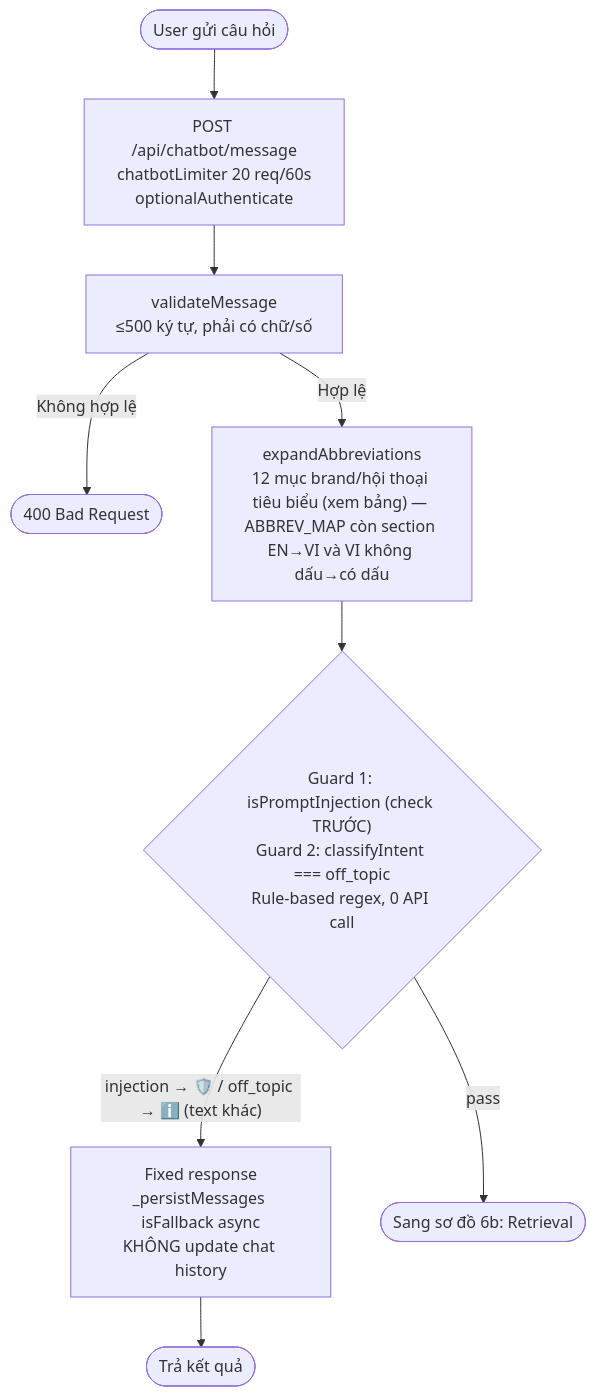
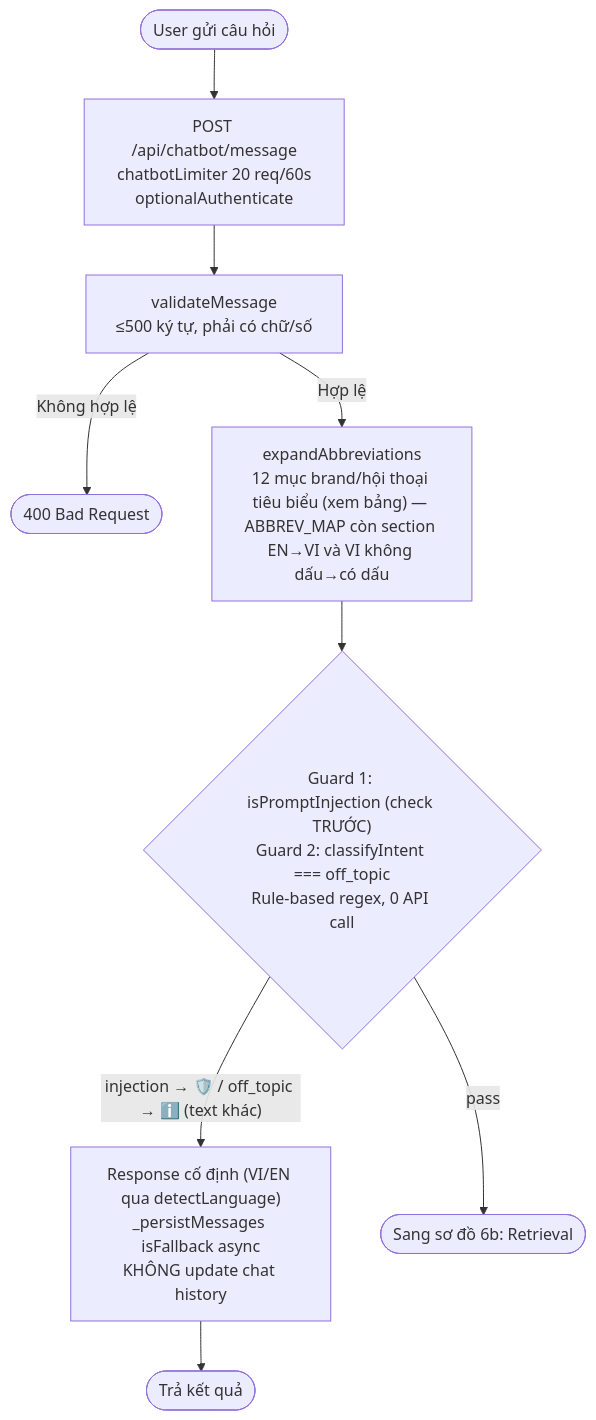
Diagram 38 of 47 in DIAGRAMS.md (MinhThang1009/E-commerce-website), drawn with Mermaid before and after one commit. The commit also changed other lines of this file and 4 other files, not shown here.

````diff
--- a/DIAGRAMS.md
+++ b/DIAGRAMS.md
@@ -1635,11 +1637,11 @@
 ```mermaid
 flowchart TD
     A([User gửi câu hỏi]) --> B["POST /api/chatbot/message<br/>chatbotLimiter 20 req/60s<br/>optionalAuthenticate"]
     B --> C["validateMessage<br/>≤500 ký tự, phải có chữ/số"]
     C -->|Không hợp lệ| D([400 Bad Request])
     C -->|Hợp lệ| E["expandAbbreviations<br/>12 mục brand/hội thoại tiêu biểu (xem bảng) — ABBREV_MAP còn section EN→VI và VI không dấu→có dấu"]
     E --> F{"Guard 1: isPromptInjection (check TRƯỚC)<br/>Guard 2: classifyIntent === off_topic<br/>Rule-based regex, 0 API call"}
-    F -->|"injection → 🛡️ / off_topic → ℹ️ (text khác)"| G["Fixed response<br/>_persistMessages isFallback async<br/>KHÔNG update chat history"]
+    F -->|"injection → 🛡️ / off_topic → ℹ️ (text khác)"| G["Response cố định (VI/EN qua detectLanguage)<br/>_persistMessages isFallback async<br/>KHÔNG update chat history"]
     G --> H([Trả kết quả])
     F -->|pass| I([Sang sơ đồ 6b: Retrieval])
 ```
````
